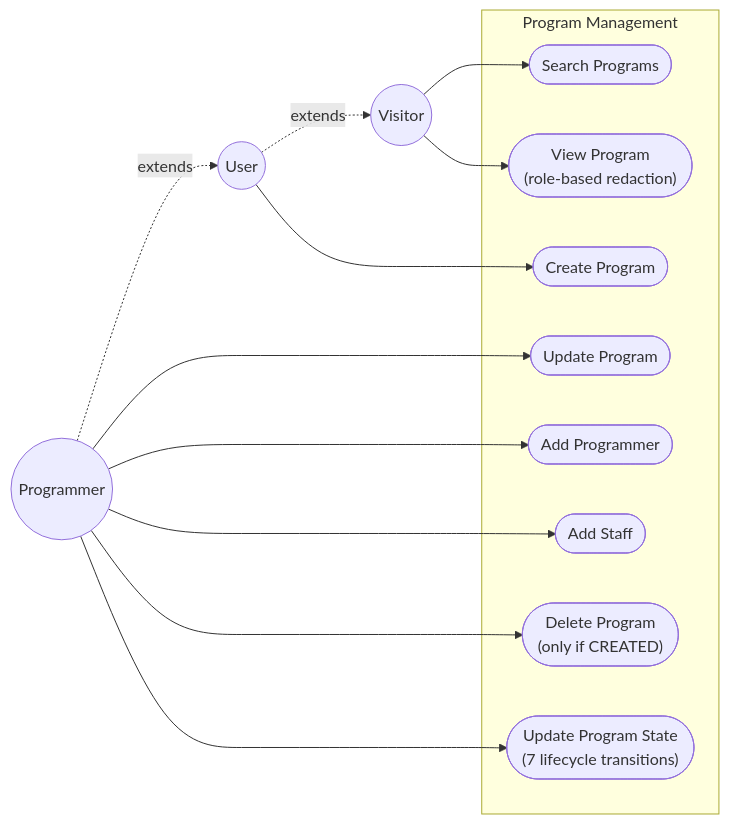
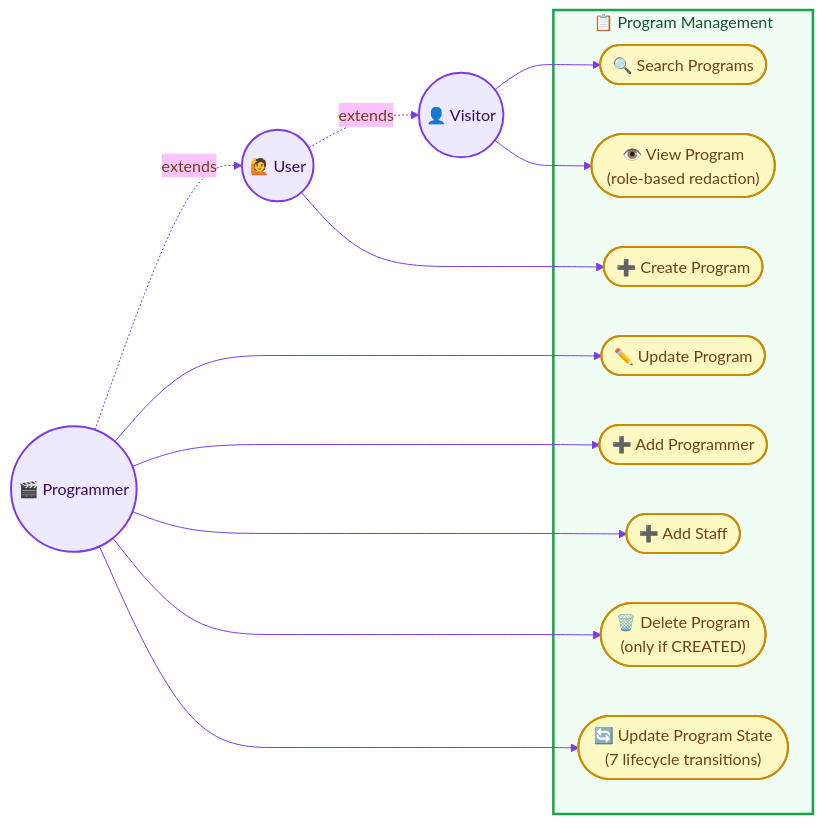
The diagram in diagrams/02-usecase-program-management.md (Volanakis/SoftwareEngineering101), drawn with Mermaid before and after one commit.

Commit message:
Enhance use case diagram with emoji icons for improved visual representation

````diff
--- a/diagrams/02-usecase-program-management.md
+++ b/diagrams/02-usecase-program-management.md
@@ -5,29 +5,37 @@
 ```mermaid
+%%{init: {'theme':'base', 'themeVariables': {'fontFamily':'Segoe UI, sans-serif', 'primaryColor':'#fef9c3', 'primaryBorderColor':'#ca8a04', 'primaryTextColor':'#713f12', 'lineColor':'#7c3aed'}}}%%
 flowchart LR
-    Visitor(("Visitor"))
-    User(("User"))
-    Programmer(("Programmer"))
+    Visitor(("👤 Visitor"))
+    User(("🙋 User"))
+    Programmer(("🎬 Programmer"))
 
     User -.->|extends| Visitor
     Programmer -.->|extends| User
 
-    subgraph PM["Program Management"]
-        UC1(["Search Programs"])
-        UC2(["View Program<br/>(role-based redaction)"])
-        UC3(["Create Program"])
-        UC4(["Update Program"])
-        UC5(["Add Programmer"])
-        UC6(["Add Staff"])
-        UC7(["Delete Program<br/>(only if CREATED)"])
-        UC8(["Update Program State<br/>(7 lifecycle transitions)"])
+    subgraph PM["📋 Program Management"]
+        UC1(["🔍 Search Programs"])
+        UC2(["👁️ View Program<br/>(role-based redaction)"])
+        UC3(["➕ Create Program"])
+        UC4(["✏️ Update Program"])
+        UC5(["➕ Add Programmer"])
+        UC6(["➕ Add Staff"])
+        UC7(["🗑️ Delete Program<br/>(only if CREATED)"])
+        UC8(["🔄 Update Program State<br/>(7 lifecycle transitions)"])
     end
 
     Visitor --> UC1
     Visitor --> UC2
     User --> UC3
     Programmer --> UC4
     Programmer --> UC5
     Programmer --> UC6
     Programmer --> UC7
     Programmer --> UC8
+
+    classDef actor fill:#ede9fe,stroke:#7c3aed,stroke-width:2px,color:#3b0764
+    classDef usecase fill:#fef9c3,stroke:#ca8a04,stroke-width:2px,color:#713f12
+    style PM fill:#f0fdf4,stroke:#16a34a,stroke-width:2.5px,color:#14532d
+
+    class Visitor,User,Programmer actor
+    class UC1,UC2,UC3,UC4,UC5,UC6,UC7,UC8 usecase
 ```
````
